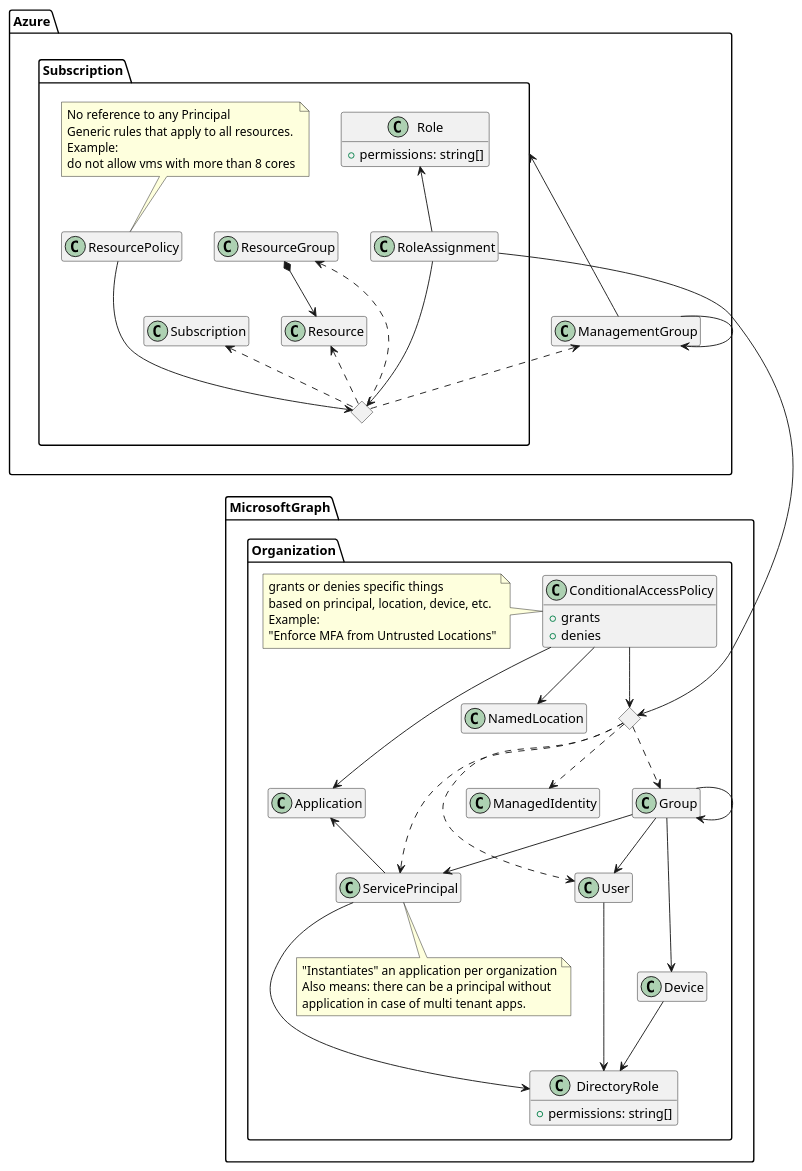
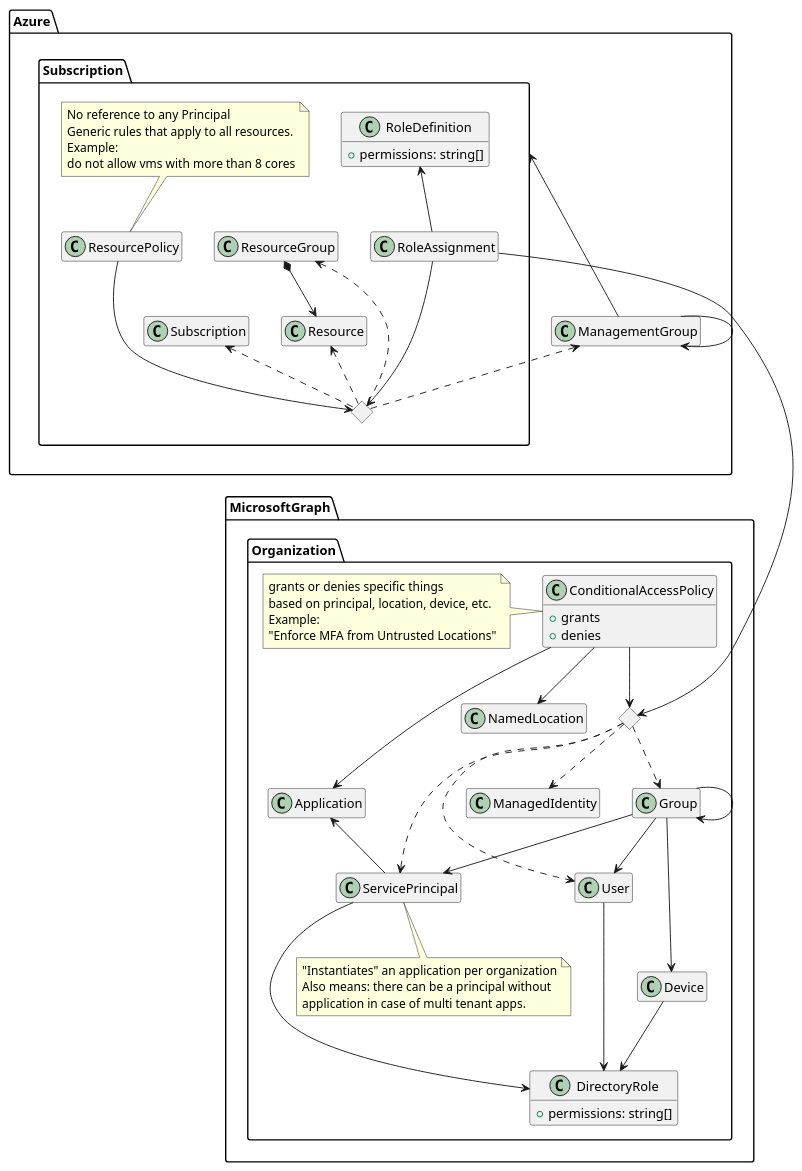
The diagram in plugins/azure/iam.puml (someengineering/fixinventory), drawn with PlantUML before and after one commit. The commit also changed 7 other files, not shown here.

```diff
--- a/plugins/azure/iam.puml
+++ b/plugins/azure/iam.puml
@@ -2,88 +2,88 @@
 @startuml
 hide empty members
 
 package MicrosoftGraph {
     package Organization {
         class Group
         class User
         class Device
         class ServicePrincipal
         class DirectoryRole {
           + permissions: string[]
         }
         class Application
         class ManagedIdentity
         class ConditionalAccessPolicy {
           + grants
           + denies
         }
         note bottom of ServicePrincipal
           "Instantiates" an application per organization
           Also means: there can be a principal without
           application in case of multi tenant apps.
         end note
         note left of ConditionalAccessPolicy
         grants or denies specific things
         based on principal, location, device, etc.
         Example:
         "Enforce MFA from Untrusted Locations"
         end note
         class NamedLocation
 
         <> Principal
         Principal ..> User
         Principal ..> ServicePrincipal
         Principal ..> Group
         Principal ..> ManagedIdentity
 
         ConditionalAccessPolicy --> Principal
         ConditionalAccessPolicy --> NamedLocation
         ConditionalAccessPolicy --> Application
 
         Group -> Group
         Group --> User
         Group ---> Device
         Group --> ServicePrincipal
         User --> DirectoryRole
         ServicePrincipal --> DirectoryRole
         Device --> DirectoryRole
         Application <-- ServicePrincipal
 
     }
 }
 
 package Azure {
     class ManagementGroup
     package Subscription {
         class RoleAssignment
         class ResourcePolicy
-        class Role {
+        class RoleDefinition {
             + permissions: string[]
         }
         class ResourceGroup
         class Resource
 
         <> Scope
         RoleAssignment -----> Principal
         RoleAssignment ---> Scope
         ResourcePolicy ---> Scope
-        Role <-- RoleAssignment
+        RoleDefinition <-- RoleAssignment
         Subscription <.. Scope
         ResourceGroup <.. Scope
         Resource <.. Scope
         ManagementGroup <.. Scope
 
         note top of ResourcePolicy
           No reference to any Principal
           Generic rules that apply to all resources.
           Example:
           do not allow vms with more than 8 cores
         end note
     }
     ManagementGroup --> ManagementGroup
     Subscription <-- ManagementGroup
     ResourceGroup *--> Resource
 
 }
 
 @enduml
```
